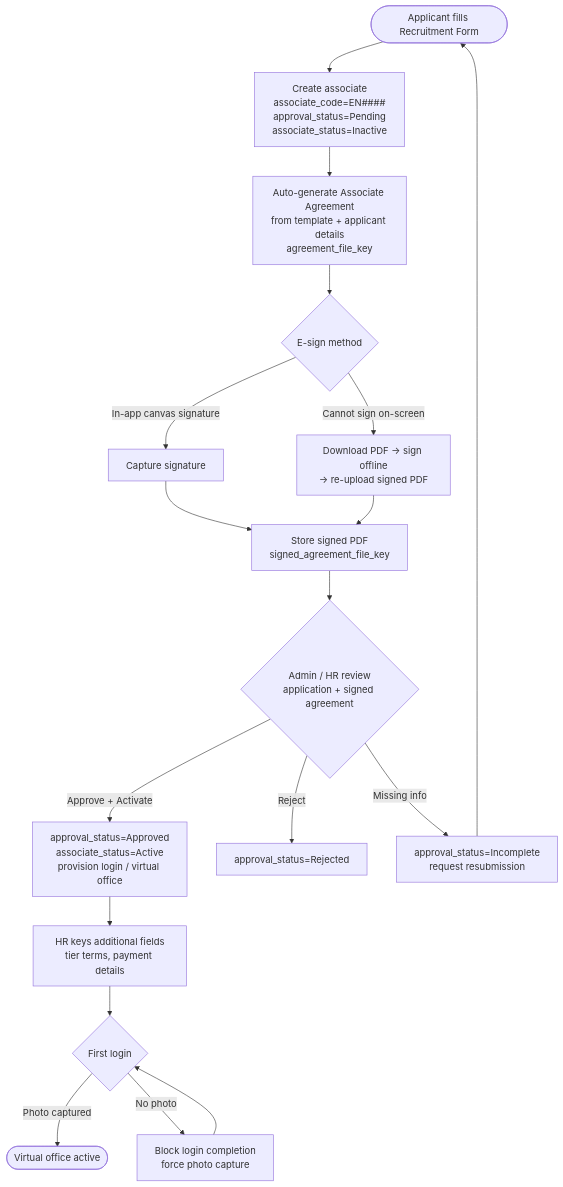
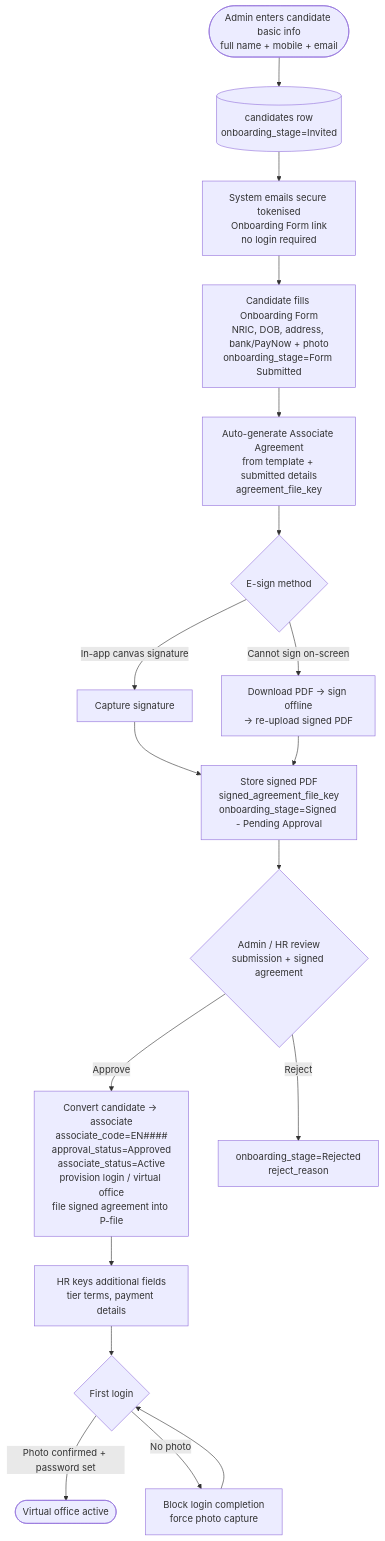
The second of 15 diagrams in HR System for COM service/docs/03_Workflow_Diagrams.md (Mavrone81/VirtualOffice), drawn with Mermaid before and after one commit. The commit also changed other lines of this file and 15 other files, not shown here.

````diff
--- a/HR System for COM service/docs/03_Workflow_Diagrams.md
+++ b/HR System for COM service/docs/03_Workflow_Diagrams.md
@@ -58,20 +64,20 @@
 ```mermaid
 flowchart TD
-    A([Applicant fills Recruitment Form]) --> B[Create associate<br/>associate_code=EN####<br/>approval_status=Pending<br/>associate_status=Inactive]
-    B --> C[Auto-generate Associate Agreement<br/>from template + applicant details<br/>agreement_file_key]
-    C --> D{E-sign method}
-    D -->|In-app canvas signature| E[Capture signature]
-    D -->|Cannot sign on-screen| F[Download PDF -> sign offline<br/>-> re-upload signed PDF]
-    E --> G[Store signed PDF<br/>signed_agreement_file_key]
-    F --> G
-    G --> H{Admin / HR review<br/>application + signed agreement}
-    H -->|Approve + Activate| I[approval_status=Approved<br/>associate_status=Active<br/>provision login / virtual office]
-    H -->|Reject| J[approval_status=Rejected]
-    H -->|Missing info| K[approval_status=Incomplete<br/>request resubmission]
-    K --> A
-    I --> L[HR keys additional fields<br/>tier terms, payment details]
-    L --> M{First login}
-    M -->|Photo captured| N([Virtual office active])
-    M -->|No photo| O[Block login completion<br/>force photo capture]
-    O --> M
+    A([Admin enters candidate basic info<br/>full name + mobile + email]) --> B[(candidates row<br/>onboarding_stage=Invited)]
+    B --> C[System emails secure tokenised<br/>Onboarding Form link<br/>no login required]
+    C --> D[Candidate fills Onboarding Form<br/>NRIC, DOB, address, bank/PayNow + photo<br/>onboarding_stage=Form Submitted]
+    D --> E[Auto-generate Associate Agreement<br/>from template + submitted details<br/>agreement_file_key]
+    E --> F{E-sign method}
+    F -->|In-app canvas signature| G[Capture signature]
+    F -->|Cannot sign on-screen| H[Download PDF -> sign offline<br/>-> re-upload signed PDF]
+    G --> I[Store signed PDF<br/>signed_agreement_file_key<br/>onboarding_stage=Signed - Pending Approval]
+    H --> I
+    I --> J{Admin / HR review<br/>submission + signed agreement}
+    J -->|Approve| K[Convert candidate -> associate<br/>associate_code=EN####<br/>approval_status=Approved<br/>associate_status=Active<br/>provision login / virtual office<br/>file signed agreement into P-file]
+    J -->|Reject| L[onboarding_stage=Rejected<br/>reject_reason]
+    K --> M[HR keys additional fields<br/>tier terms, payment details]
+    M --> N{First login}
+    N -->|Photo confirmed + password set| O([Virtual office active])
+    N -->|No photo| P[Block login completion<br/>force photo capture]
+    P --> N
 ```
````
